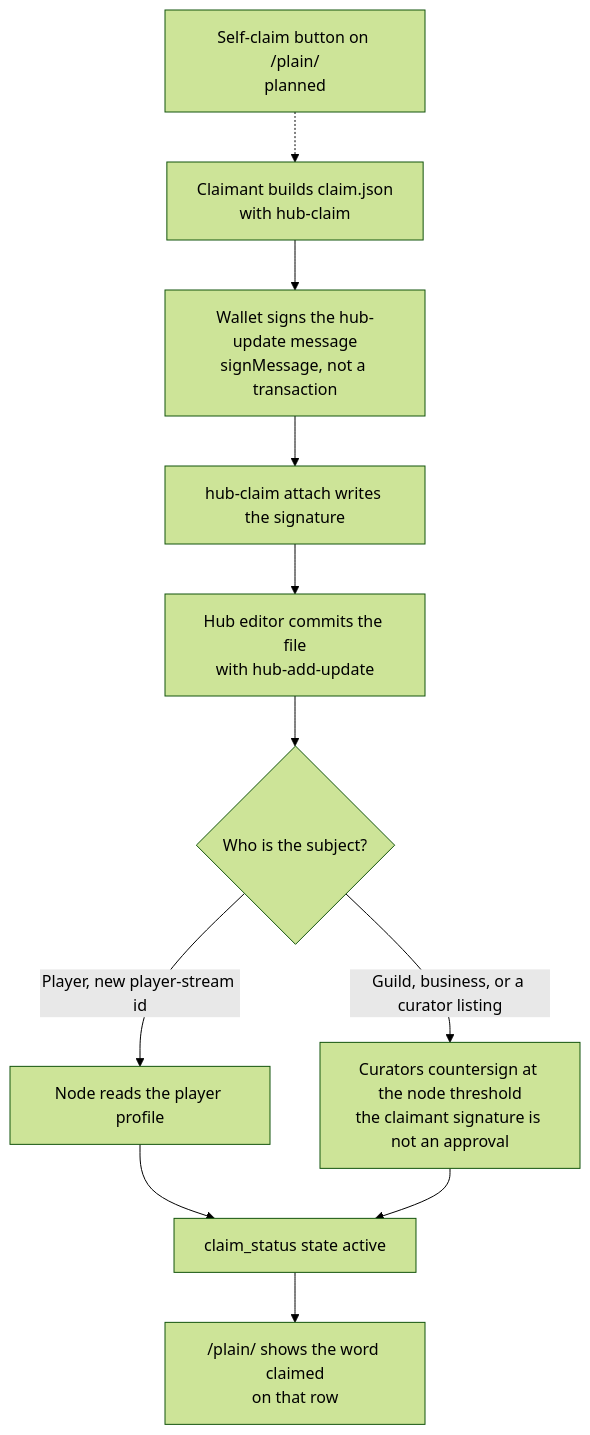
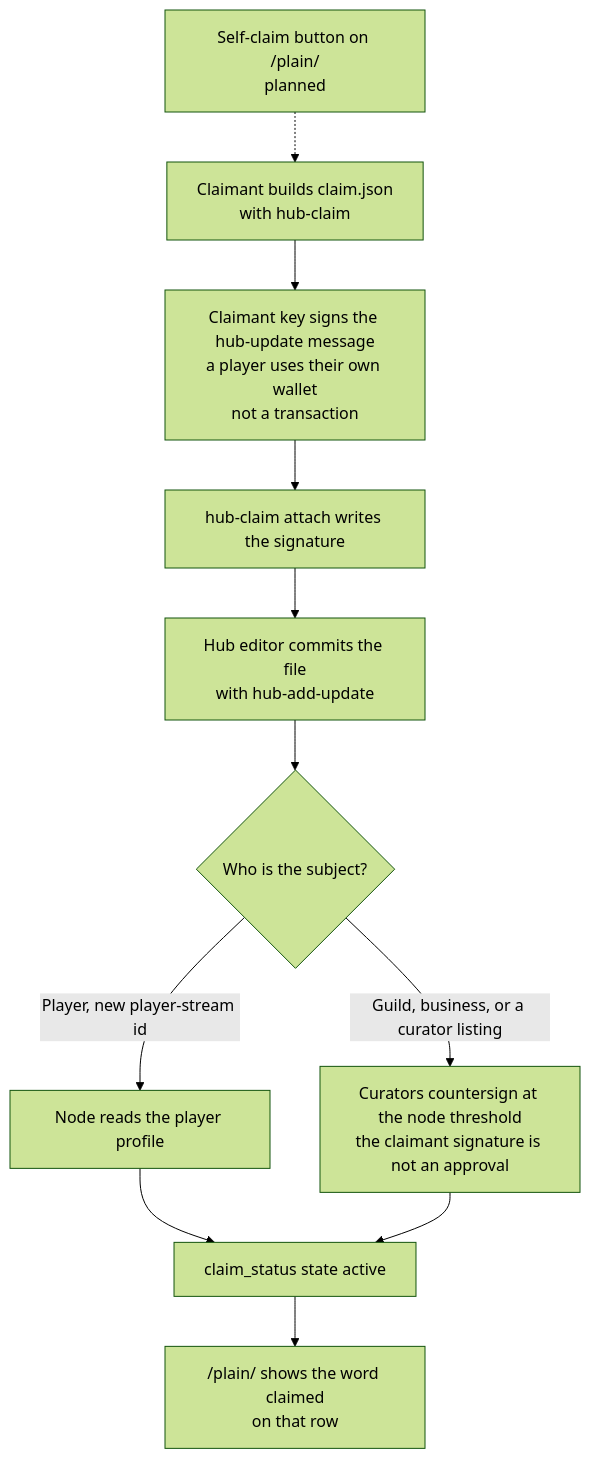
Before and after one commit to PhoenixClaw01/sa-ecosystem-node: the diagram in docs/claim-and-verify.md, drawn with Mermaid (forest theme). The commit also changed other lines of this file and 20 other files, not shown here.

````diff
--- a/docs/claim-and-verify.md
+++ b/docs/claim-and-verify.md
@@ -108,13 +108,13 @@
 ```mermaid
 flowchart TD
-  A[Claimant builds claim.json<br/>with hub-claim] --> B[Wallet signs the hub-update message<br/>signMessage, not a transaction]
+  A[Claimant builds claim.json<br/>with hub-claim] --> B[Claimant key signs the hub-update message<br/>a player uses their own wallet<br/>not a transaction]
   B --> C[hub-claim attach writes the signature]
   C --> D[Hub editor commits the file<br/>with hub-add-update]
   D --> E{"Who is the subject?"}
   E -->|Player, new player-stream id| F[Node reads the player profile]
   E -->|Guild, business, or a curator listing| G[Curators countersign at the node threshold<br/>the claimant signature is not an approval]
   F --> H[claim_status state active]
   G --> H
   H --> I["/plain/ shows the word claimed<br/>on that row"]
   J[Self-claim button on /plain/<br/>planned] -.-> A
 ```
````
